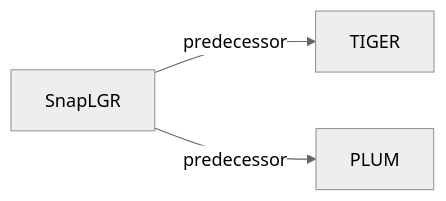
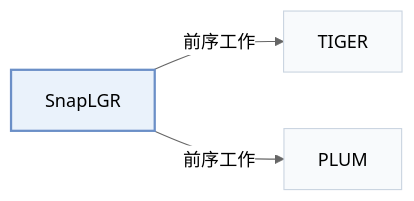
One commit to Galaxy-ghost/Awesome-SID-Generative-Rec changed the second of 2 diagrams in pages/zh/papers/snaplgr.md. Above: the diagram before and after it, drawn with Mermaid (neutral theme). The commit also changed other lines of this file and 649 other files, not shown here.

Commit message:
writer-05: also tags and modality index (schema, check, build, visuals); summary field removed; calibration data for 12 papers

````diff
--- a/pages/zh/papers/snaplgr.md
+++ b/pages/zh/papers/snaplgr.md
@@ -68,6 +74,10 @@
 ```mermaid
 flowchart LR
     P["SnapLGR"]
-    P -->|predecessor| A["TIGER"]
-    P -->|predecessor| B["PLUM"]
+    P -->|"前序工作"| A["TIGER"]
+    P -->|"前序工作"| B["PLUM"]
+    classDef main fill:#eaf2fb,stroke:#6b8fc7,stroke-width:2px
+    classDef peer fill:#f8fafc,stroke:#cbd5e1
+    class P main
+    class A,B peer
 ```
````
